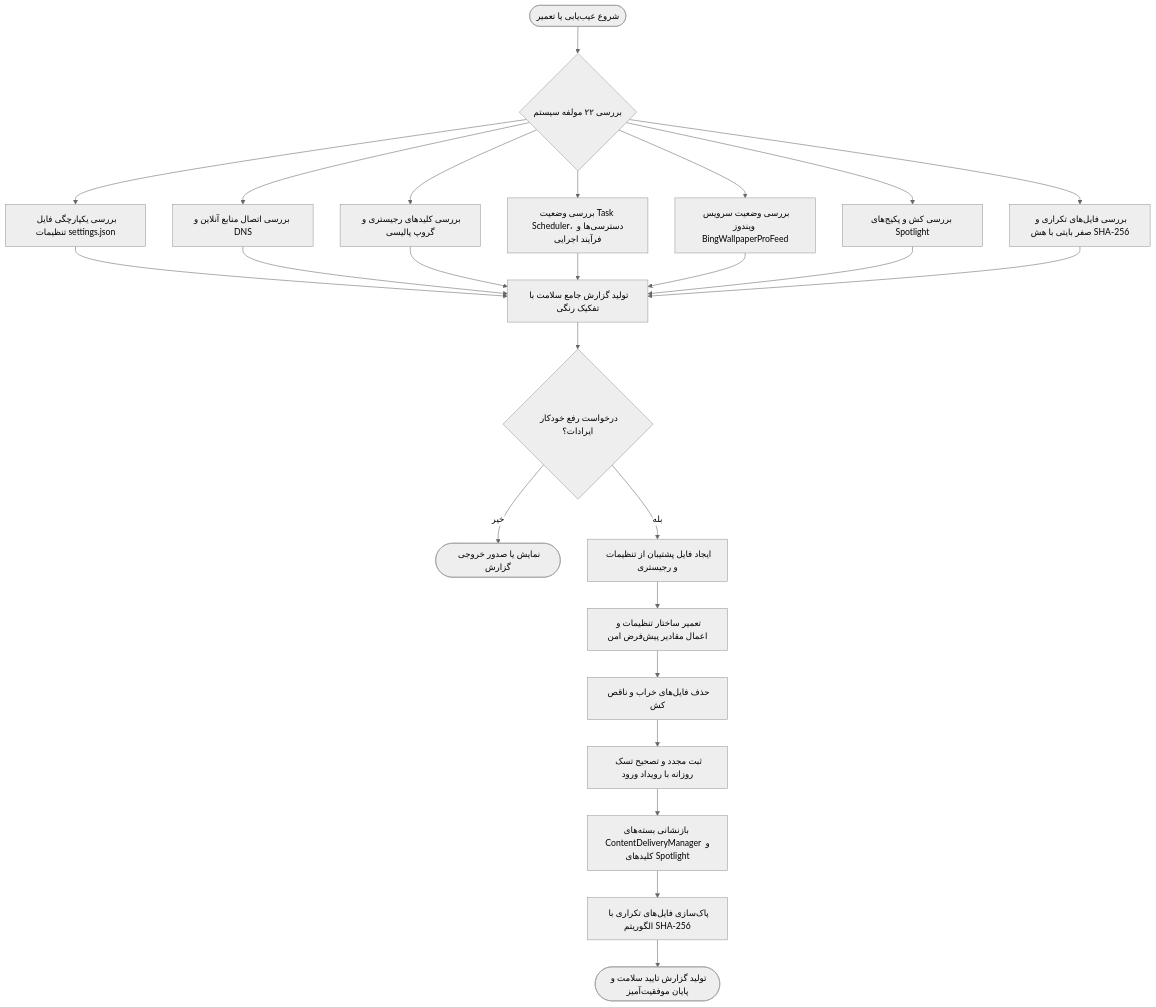
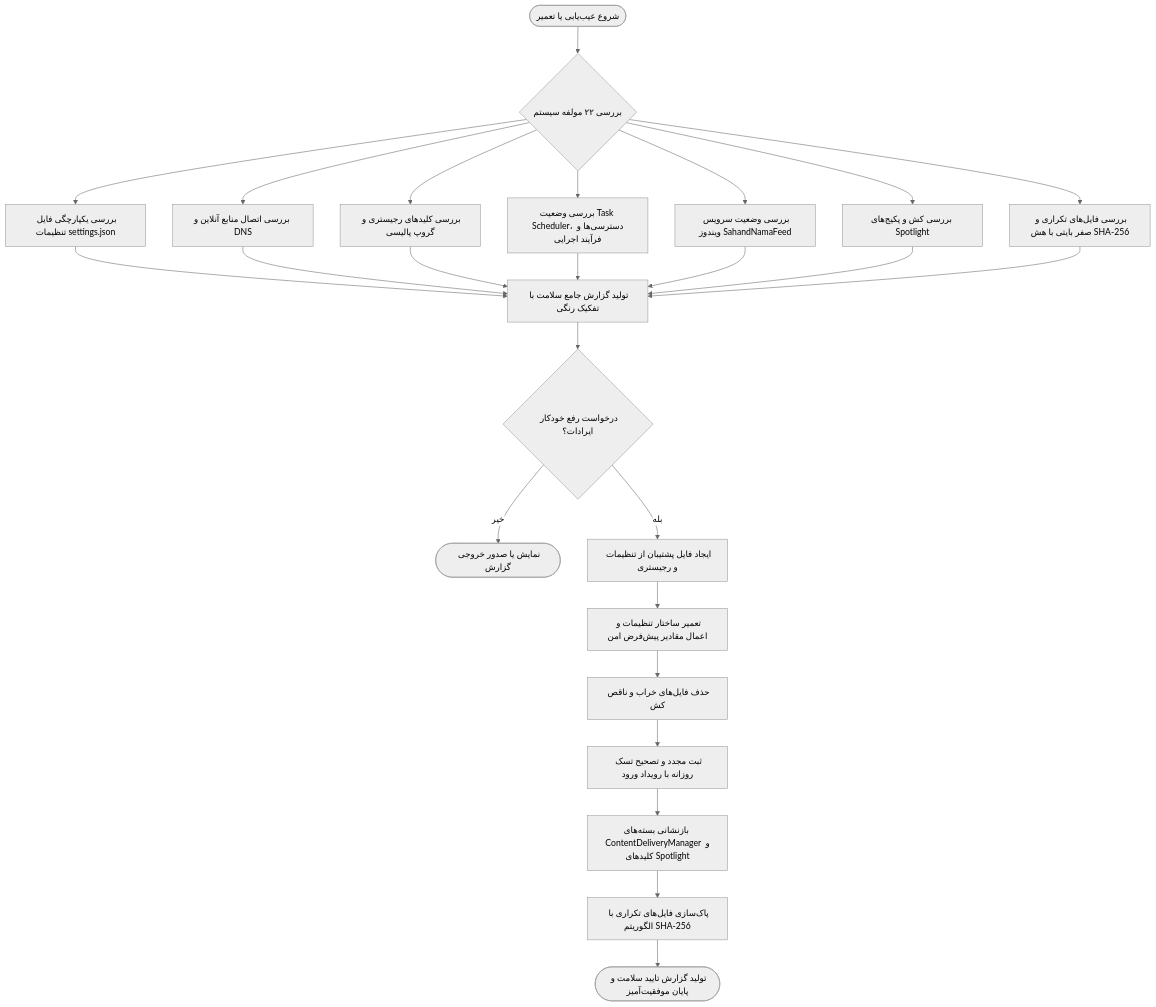
Before and after one commit to taimazus/SetWinWallpaper: the fourth of 4 diagrams in docs/ARCHITECTURE.md, drawn with Mermaid (neutral theme). The commit also changed other lines of this file and 48 other files, not shown here.

Commit message:
refactor(project): rename solution, projects, namespaces, and paths to SahandNama

````diff
--- a/docs/ARCHITECTURE.md
+++ b/docs/ARCHITECTURE.md
@@ -122,25 +122,25 @@
 ```mermaid
 flowchart TD
     Start([شروع عیب‌یابی یا تعمیر]) --> CheckSys{بررسی ۲۲ مولفه سیستم}
     
     CheckSys --> Test1[بررسی یکپارچگی فایل تنظیمات settings.json]
     CheckSys --> Test2[بررسی اتصال منابع آنلاین و DNS]
     CheckSys --> Test3[بررسی کلیدهای رجیستری و گروپ پالیسی]
     CheckSys --> Test4[بررسی وضعیت Task Scheduler، دسترسی‌ها و فرآیند اجرایی]
-    CheckSys --> Test5[بررسی وضعیت سرویس ویندوز BingWallpaperProFeed]
+    CheckSys --> Test5[بررسی وضعیت سرویس ویندوز SahandNamaFeed]
     CheckSys --> Test6[بررسی کش و پکیج‌های Spotlight]
     CheckSys --> Test7[بررسی فایل‌های تکراری و صفر بایتی با هش SHA-256]
 
     Test1 & Test2 & Test3 & Test4 & Test5 & Test6 & Test7 --> GenReport[تولید گزارش جامع سلامت با تفکیک رنگی]
 
     GenReport --> AutoRepair{درخواست رفع خودکار ایرادات؟}
     AutoRepair -- خیر --> EndReport([نمایش یا صدور خروجی گزارش])
     
     AutoRepair -- بله --> Backup[ایجاد فایل پشتیبان از تنظیمات و رجیستری]
     Backup --> FixSettings[تعمیر ساختار تنظیمات و اعمال مقادیر پیش‌فرض امن]
     FixSettings --> PurgeCache[حذف فایل‌های خراب و ناقص کش]
     PurgeCache --> FixSched[ثبت مجدد و تصحیح تسک روزانه با رویداد ورود]
     FixSched --> FixSpotlight[بازنشانی بسته‌های ContentDeliveryManager و کلیدهای Spotlight]
     FixSpotlight --> DedupPurge[پاک‌سازی فایل‌های تکراری با الگوریتم SHA-256]
     DedupPurge --> FinalReport([تولید گزارش تایید سلامت و پایان موفقیت‌آمیز])
 ```
````
